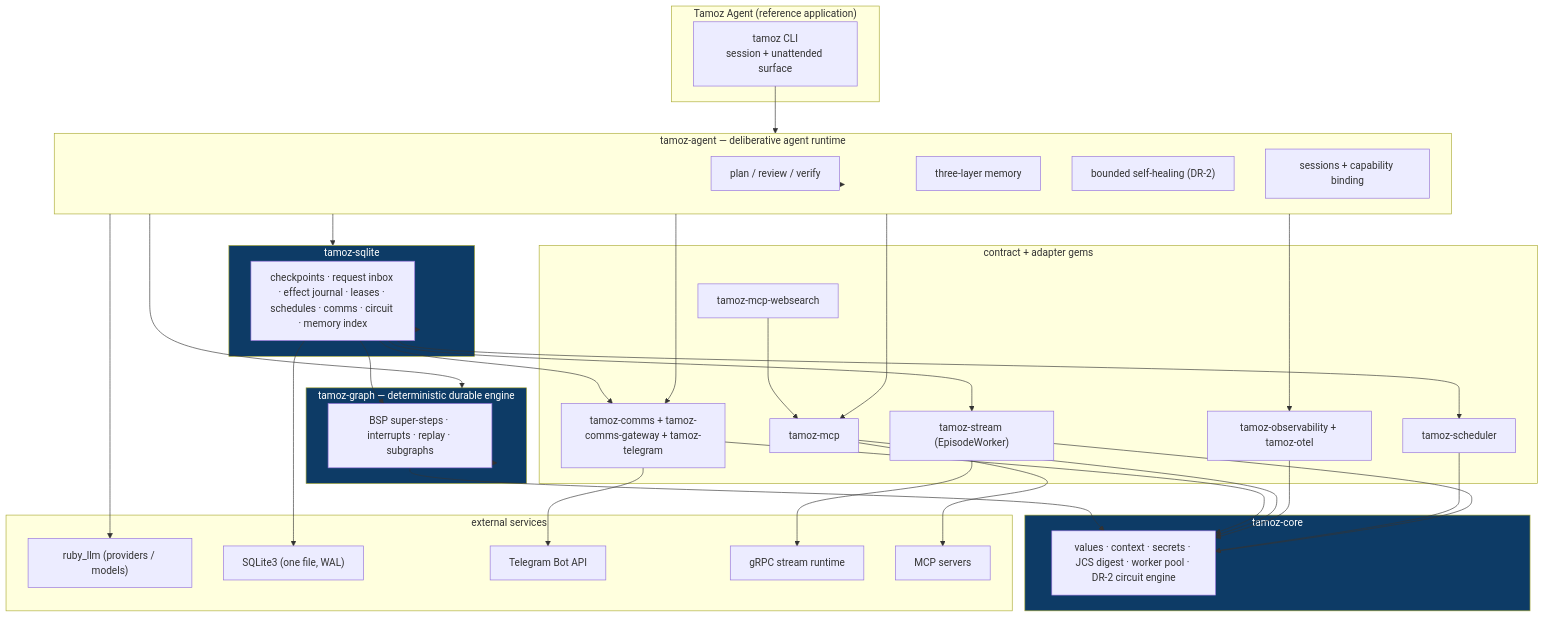
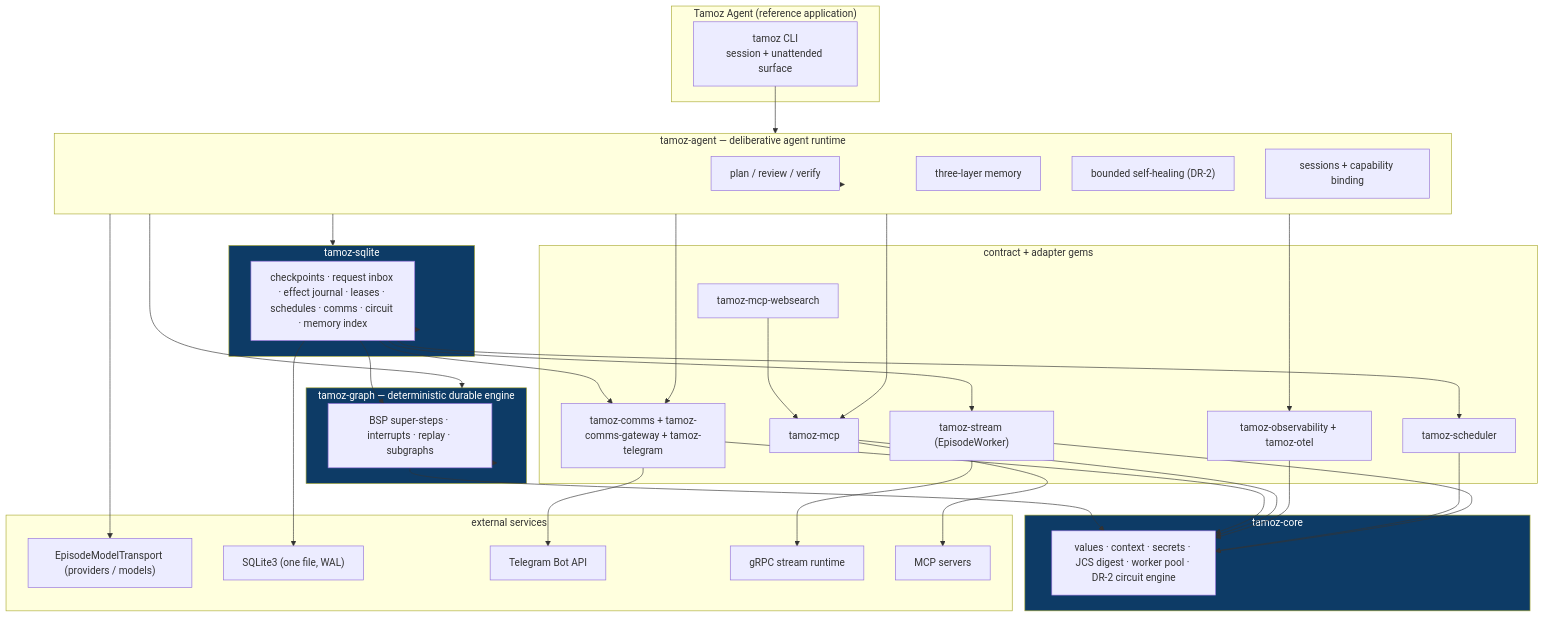
Before and after one commit to ghassan-ai-projects/tamoz: the diagram in documentation/architecture/overview.md, drawn with Mermaid. The commit also changed other lines of this file and 86 other files, not shown here.

Commit message:
Refactor agent components for clearer control flow

````diff
--- a/documentation/architecture/overview.md
+++ b/documentation/architecture/overview.md
@@ -9,72 +9,72 @@
 ```mermaid
 flowchart TB
     subgraph App["Tamoz Agent (reference application)"]
         CLI["tamoz CLI<br/>session + unattended surface"]
     end
 
     subgraph Agent["tamoz-agent — deliberative agent runtime"]
         AR["plan / review / verify"]
         AM["three-layer memory"]
         AH["bounded self-healing (DR-2)"]
         AS["sessions + capability binding"]
     end
 
     subgraph Contracts["contract + adapter gems"]
         C["tamoz-comms + tamoz-comms-gateway + tamoz-telegram"]
         O["tamoz-observability + tamoz-otel"]
         M["tamoz-mcp"]
         MW["tamoz-mcp-websearch"]
         SC["tamoz-scheduler"]
         ST["tamoz-stream (EpisodeWorker)"]
     end
 
     subgraph Engine["tamoz-graph — deterministic durable engine"]
         G["BSP super-steps · interrupts · replay · subgraphs"]
     end
 
     subgraph Shared["tamoz-core"]
         S["values · context · secrets · JCS digest · worker pool · DR-2 circuit engine"]
     end
 
     subgraph Durable["tamoz-sqlite"]
         P["checkpoints · request inbox · effect journal · leases · schedules · comms · circuit · memory index"]
     end
 
     subgraph Ext["external services"]
-        LLM["ruby_llm (providers / models)"]
+        LLM["EpisodeModelTransport (providers / models)"]
         SQL["SQLite3 (one file, WAL)"]
         TG["Telegram Bot API"]
         GRPC["gRPC stream runtime"]
         MCP_SRV["MCP servers"]
     end
 
     CLI --> Agent
     Agent --> AR
     Agent --> Engine
     Agent --> Durable
     Agent --> LLM
     Agent --> C
     Agent --> O
     Agent --> M
     Engine --> G
     G --> S
     C --> S
     M --> S
     O --> S
     SC --> S
     ST --> S
     Durable --> P
     P --> G
     P --> SC
     P --> ST
     P --> C
     P --> SQL
     C --> TG
     M --> MCP_SRV
     MW --> M
     ST --> GRPC
 
     style Engine fill:#0d3b66,color:#fff
     style Durable fill:#0d3b66,color:#fff
     style Shared fill:#0d3b66,color:#fff
 ```
````
